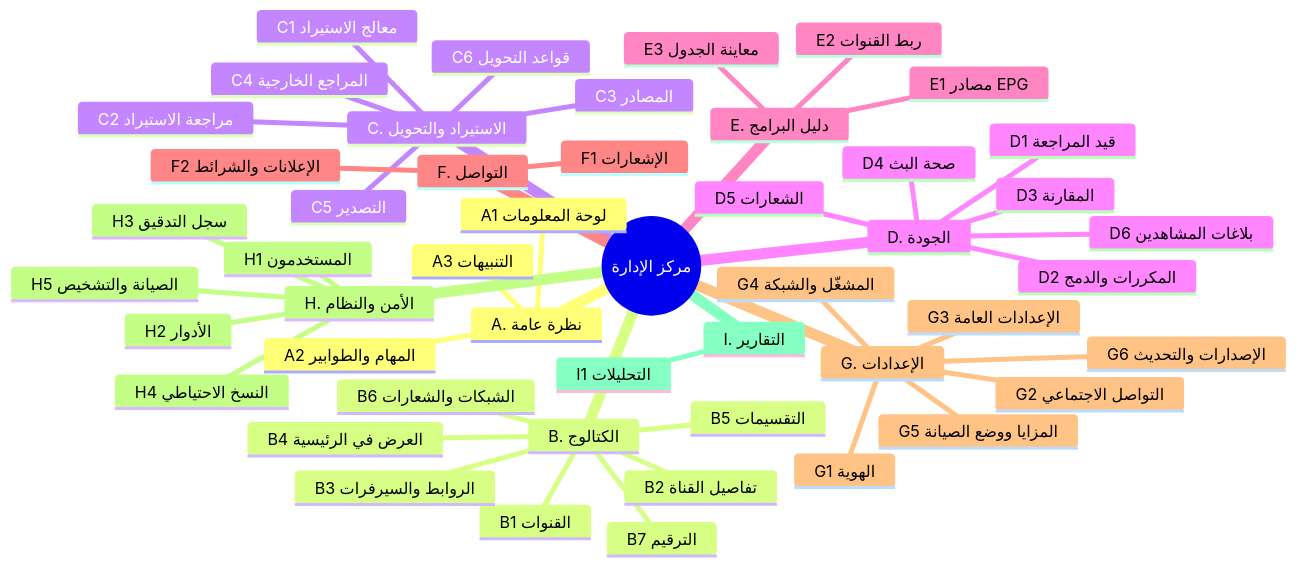
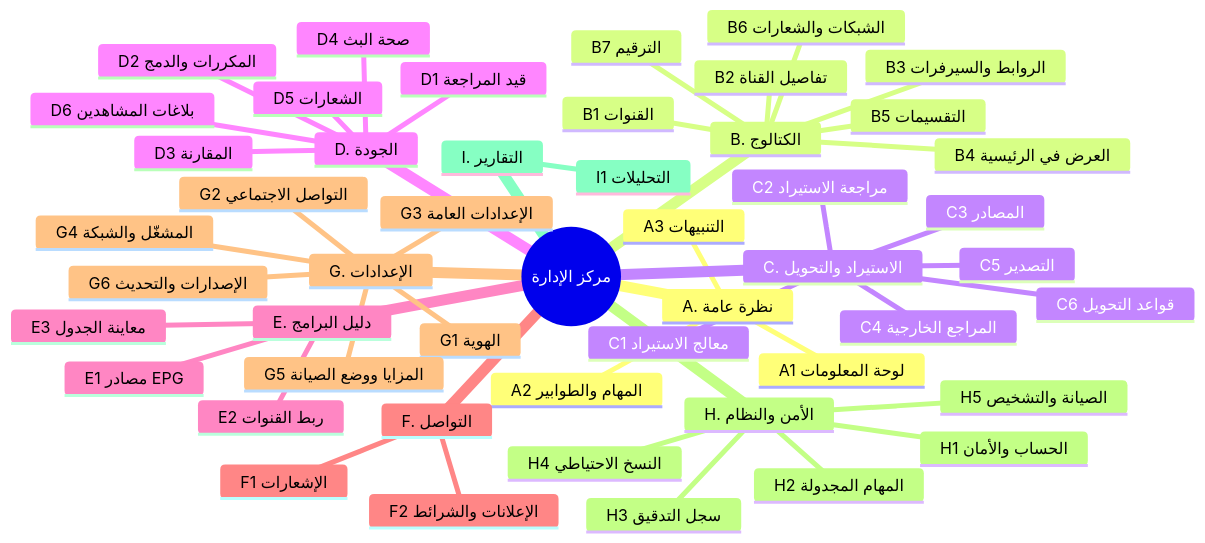
The first of 6 diagrams in mtc_iptv/docs/MASTER_SPEC.md (AneesAdwan/MTC-iPTv), drawn with Mermaid before and after one commit. The commit also changed other lines of this file and 190 other files, not shown here.

````diff
--- a/mtc_iptv/docs/MASTER_SPEC.md
+++ b/mtc_iptv/docs/MASTER_SPEC.md
@@ -512,52 +538,52 @@
 ```mermaid
 mindmap
   root((مركز الإدارة))
     A. نظرة عامة
       A1 لوحة المعلومات
       A2 المهام والطوابير
       A3 التنبيهات
     B. الكتالوج
       B1 القنوات
       B2 تفاصيل القناة
       B3 الروابط والسيرفرات
       B4 العرض في الرئيسية
       B5 التقسيمات
       B6 الشبكات والشعارات
       B7 الترقيم
     C. الاستيراد والتحويل
       C1 معالج الاستيراد
       C2 مراجعة الاستيراد
       C3 المصادر
       C4 المراجع الخارجية
       C5 التصدير
       C6 قواعد التحويل
     D. الجودة
       D1 قيد المراجعة
       D2 المكررات والدمج
       D3 المقارنة
       D4 صحة البث
       D5 الشعارات
       D6 بلاغات المشاهدين
     E. دليل البرامج
       E1 مصادر EPG
       E2 ربط القنوات
       E3 معاينة الجدول
     F. التواصل
       F1 الإشعارات
       F2 الإعلانات والشرائط
     G. الإعدادات
       G1 الهوية
       G2 التواصل الاجتماعي
       G3 الإعدادات العامة
       G4 المشغّل والشبكة
       G5 المزايا ووضع الصيانة
       G6 الإصدارات والتحديث
     H. الأمن والنظام
-      H1 المستخدمون
-      H2 الأدوار
+      H1 الحساب والأمان
+      H2 المهام المجدولة
       H3 سجل التدقيق
       H4 النسخ الاحتياطي
       H5 الصيانة والتشخيص
     I. التقارير
       I1 التحليلات
 ```
````
